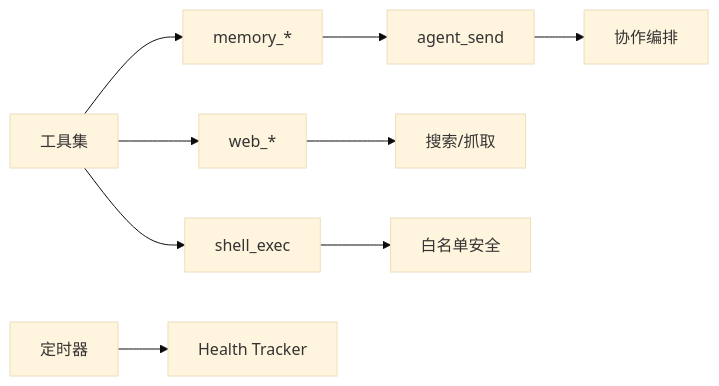
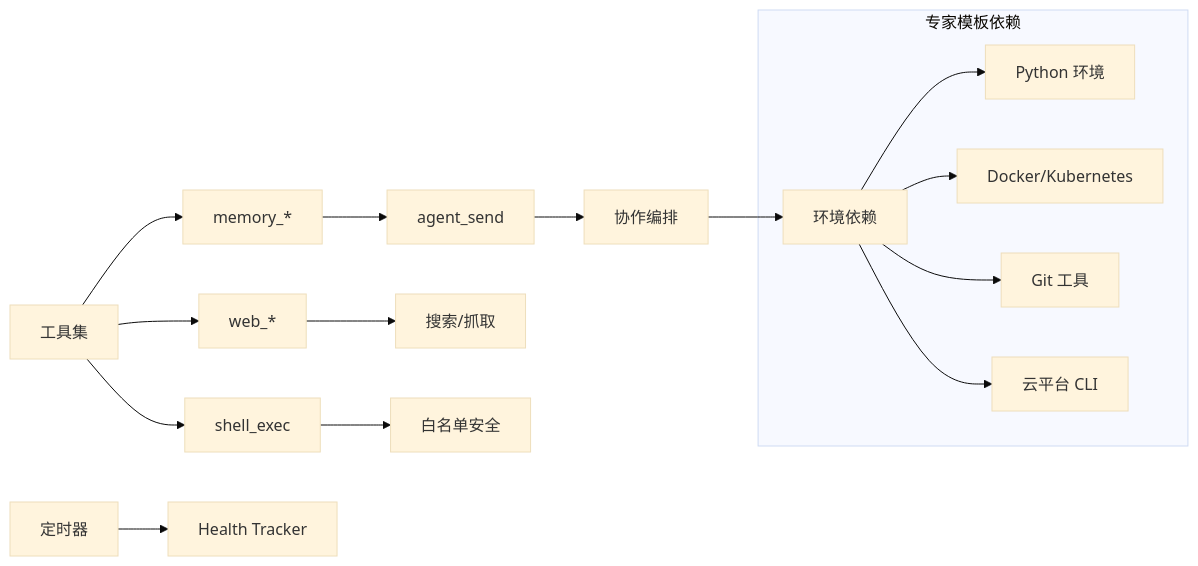
The fourth of 4 diagrams in .qoder/repowiki/zh/content/智能体开发/预构建智能体模板/模板分类体系.md (hexiaowen-bot/openfang), drawn with Mermaid (base theme) before and after one commit. The commit also changed other lines of this file and 65 other files, not shown here.

````diff
--- a/.qoder/repowiki/zh/content/智能体开发/预构建智能体模板/模板分类体系.md
+++ b/.qoder/repowiki/zh/content/智能体开发/预构建智能体模板/模板分类体系.md
@@ -348,11 +469,18 @@
 ```mermaid
 graph LR
 Tools["工具集"] --> Shell["shell_exec"]
 Tools --> Mem["memory_*"]
 Tools --> Net["web_*"]
 Mem --> AgentSend["agent_send"]
 Net --> Search["搜索/抓取"]
 Shell --> Safety["白名单安全"]
 AgentSend --> Coord["协作编排"]
 Schedule["定时器"] --> HT["Health Tracker"]
+subgraph "专家模板依赖"
+Env["环境依赖"] --> Python["Python 环境"]
+Env --> Docker["Docker/Kubernetes"]
+Env --> Git["Git 工具"]
+Env --> Cloud["云平台 CLI"]
+end
+Coord --> Env
 ```
````
